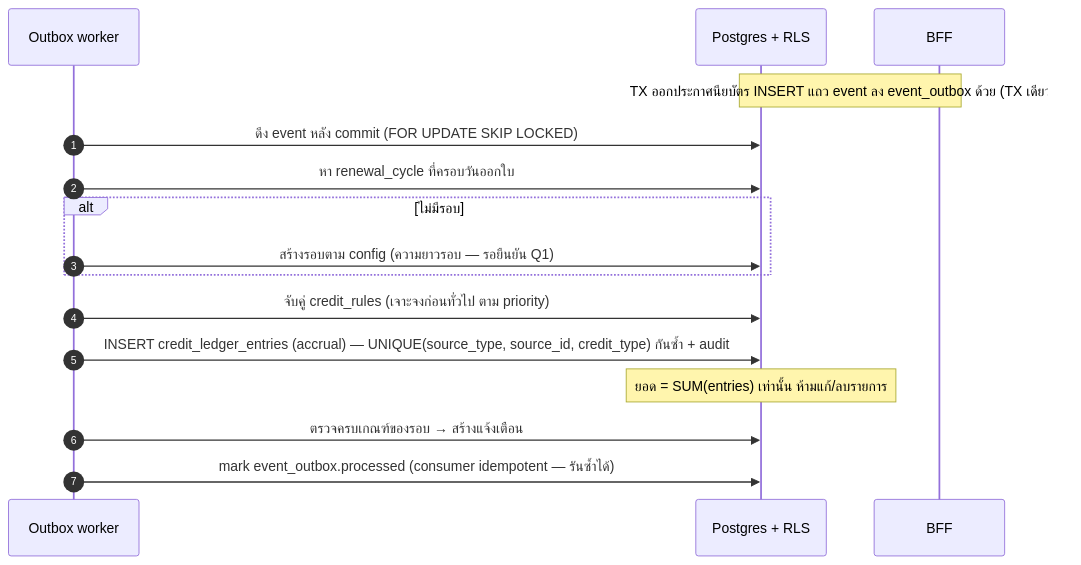
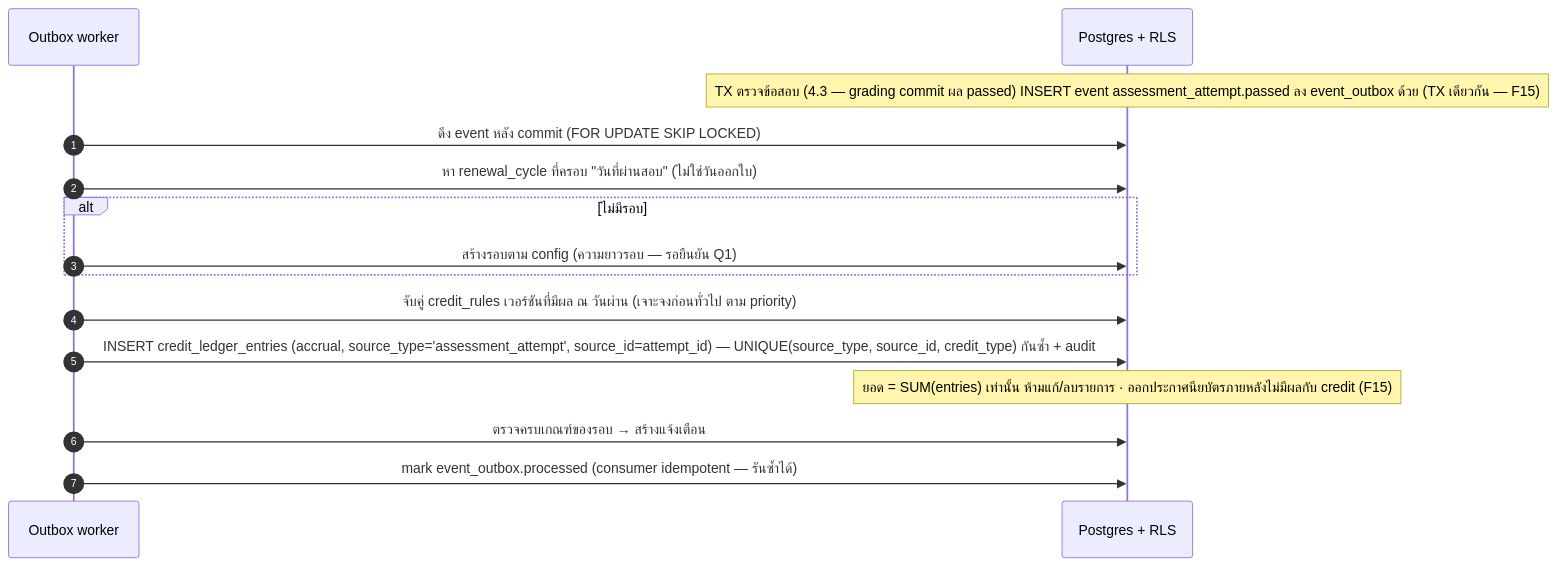
Before and after one commit to narongsak-sukma/E-Leaning-LTC: the fifth of 6 diagrams in docs/03-design/SDS.md, drawn with Mermaid. The commit also changed other lines of this file and 6 other files, not shown here.

````diff
--- a/docs/03-design/SDS.md
+++ b/docs/03-design/SDS.md
@@ -262,17 +267,17 @@
 ```mermaid
 sequenceDiagram
     autonumber
     participant W as Outbox worker
     participant DB as Postgres + RLS
-    Note over BFF,DB: TX ออกประกาศนียบัตร INSERT แถว event ลง event_outbox ด้วย (TX เดียวกัน)
+    Note over DB: TX ตรวจข้อสอบ (4.3 — grading commit ผล passed) INSERT event assessment_attempt.passed ลง event_outbox ด้วย (TX เดียวกัน — F15)
     W->>DB: ดึง event หลัง commit (FOR UPDATE SKIP LOCKED)
-    W->>DB: หา renewal_cycle ที่ครอบวันออกใบ
+    W->>DB: หา renewal_cycle ที่ครอบ "วันที่ผ่านสอบ" (ไม่ใช่วันออกใบ)
     alt ไม่มีรอบ
         W->>DB: สร้างรอบตาม config (ความยาวรอบ — รอยืนยัน Q1)
     end
-    W->>DB: จับคู่ credit_rules (เจาะจงก่อนทั่วไป ตาม priority)
-    W->>DB: INSERT credit_ledger_entries (accrual) — UNIQUE(source_type, source_id, credit_type) กันซ้ำ + audit
-    Note over DB: ยอด = SUM(entries) เท่านั้น ห้ามแก้/ลบรายการ
+    W->>DB: จับคู่ credit_rules เวอร์ชันที่มีผล ณ วันผ่าน (เจาะจงก่อนทั่วไป ตาม priority)
+    W->>DB: INSERT credit_ledger_entries (accrual, source_type='assessment_attempt', source_id=attempt_id) — UNIQUE(source_type, source_id, credit_type) กันซ้ำ + audit
+    Note over DB: ยอด = SUM(entries) เท่านั้น ห้ามแก้/ลบรายการ · ออกประกาศนียบัตรภายหลังไม่มีผลกับ credit (F15)
     W->>DB: ตรวจครบเกณฑ์ของรอบ → สร้างแจ้งเตือน
     W->>DB: mark event_outbox.processed (consumer idempotent — รันซ้ำได้)
 ```
````
